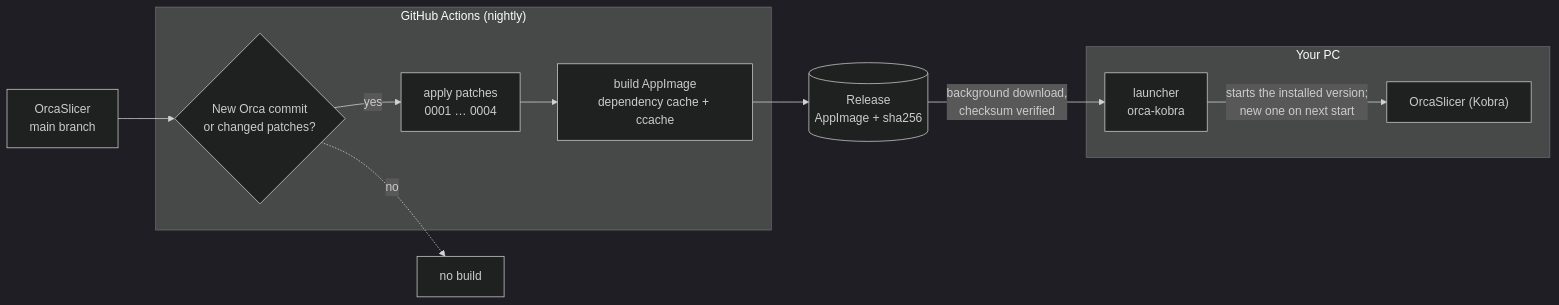
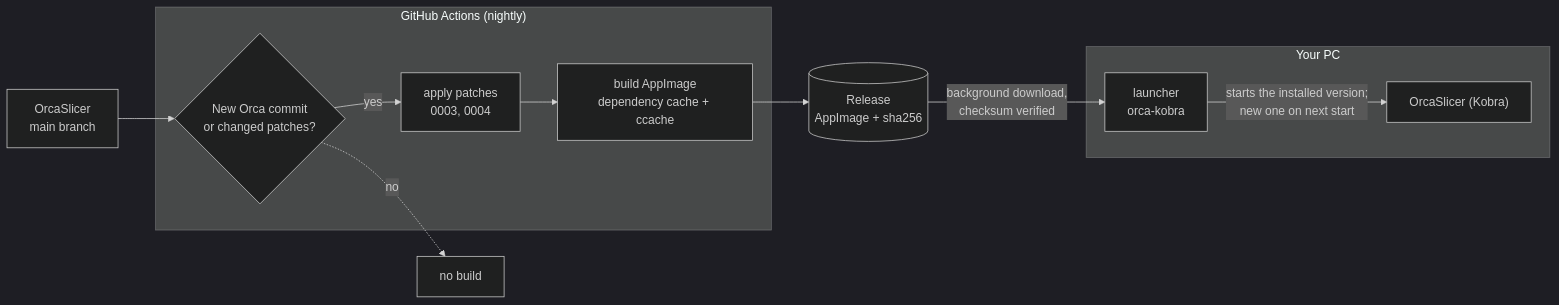
Before and after one commit to xNoVoSx/orca-kobra: the diagram in README.md, drawn with Mermaid (dark theme). The commit also changed other lines of this file and 6 other files, not shown here.

````diff
--- a/README.md
+++ b/README.md
@@ -37,20 +37,20 @@
 ```mermaid
 flowchart LR
     UP[OrcaSlicer<br/>main branch]
     subgraph GH["GitHub Actions (nightly)"]
         CK{New Orca commit<br/>or changed patches?}
-        AP[apply patches<br/>0001 … 0004]
+        AP[apply patches<br/>0003, 0004]
         BU[build AppImage<br/>dependency cache + ccache]
     end
     RE[(Release<br/>AppImage + sha256)]
     subgraph PC["Your PC"]
         LA[launcher<br/>orca-kobra]
         OR["OrcaSlicer (Kobra)"]
     end
 
     UP --> CK
     CK -- yes --> AP --> BU --> RE
     CK -. no .-> SK[no build]
     RE -- "background download,<br/>checksum verified" --> LA
     LA -- "starts the installed version;<br/>new one on next start" --> OR
 ```
````
